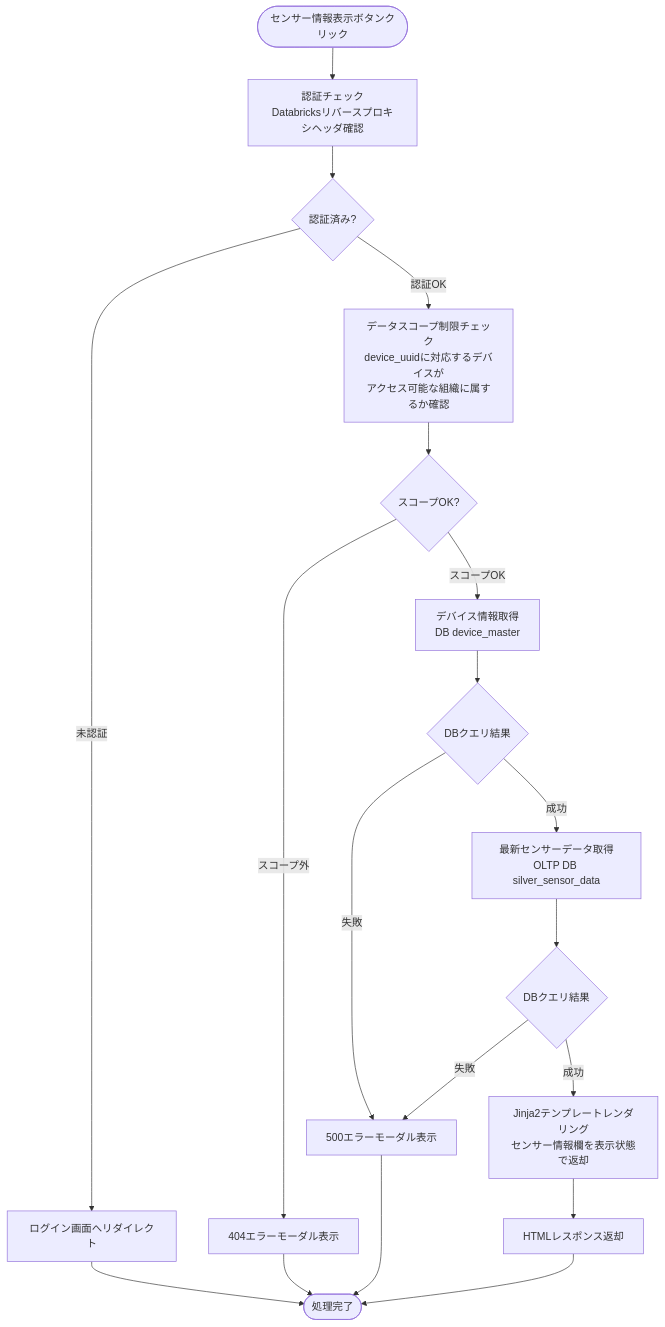
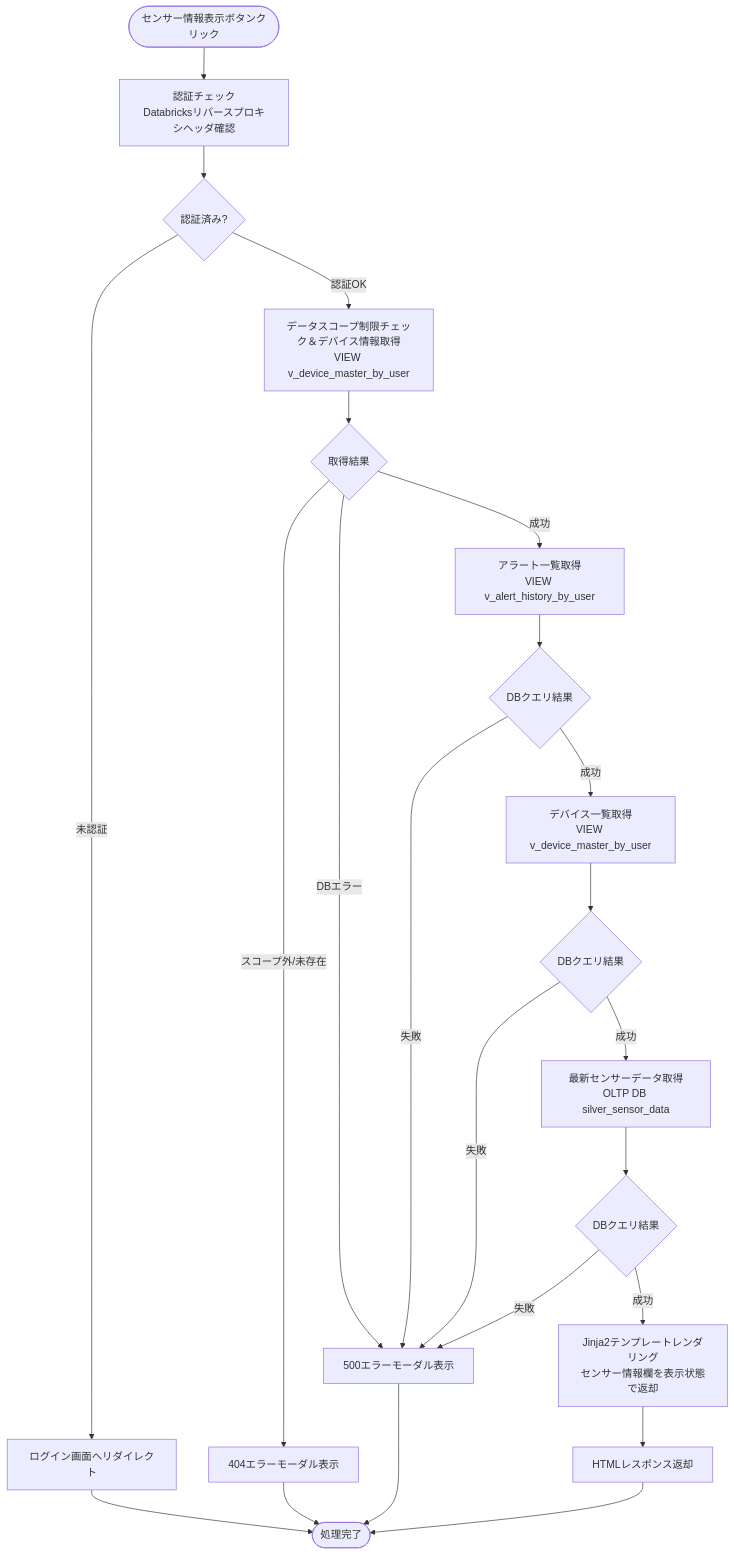
The third of 5 diagrams in docs/03-features/flask-app/industry-dashboard/workflow-specification.md (NSW-SVCP-AIWG002/Databricks-IoT), drawn with Mermaid before and after one commit. The commit also changed other lines of this file, not shown here.

Commit message:
fix: workflow修正 (済: page→device_pageに変更)

````diff
--- a/docs/03-features/flask-app/industry-dashboard/workflow-specification.md
+++ b/docs/03-features/flask-app/industry-dashboard/workflow-specification.md
@@ -659,26 +537,31 @@
 ```mermaid
 flowchart TD
     Start([センサー情報表示ボタンクリック]) --> Auth[認証チェック<br>Databricksリバースプロキシヘッダ確認]
     Auth --> CheckAuth{認証済み?}
     CheckAuth -->|未認証| LoginRedirect[ログイン画面へリダイレクト]
 
-    CheckAuth -->|認証OK| Scope[データスコープ制限チェック<br>device_uuidに対応するデバイスが<br>アクセス可能な組織に属するか確認]
-    Scope --> CheckScope{スコープOK?}
-    CheckScope -->|スコープ外| Error404[404エラーモーダル表示]
+    CheckAuth -->|認証OK| DeviceQuery[データスコープ制限チェック＆デバイス情報取得<br>VIEW v_device_master_by_user]
+    DeviceQuery --> CheckDeviceQuery{取得結果}
+    CheckDeviceQuery -->|スコープ外/未存在| Error404[404エラーモーダル表示]
+    CheckDeviceQuery -->|DBエラー| Error500[500エラーモーダル表示]
 
-    CheckScope -->|スコープOK| DeviceQuery[デバイス情報取得<br>DB device_master]
-    DeviceQuery --> CheckDeviceQuery{DBクエリ結果}
-    CheckDeviceQuery -->|失敗| Error500[500エラーモーダル表示]
+    CheckDeviceQuery -->|成功| AlertQuery[アラート一覧取得<br>VIEW v_alert_history_by_user]
+    AlertQuery --> CheckAlertQuery{DBクエリ結果}
+    CheckAlertQuery -->|失敗| Error500
 
-    CheckDeviceQuery -->|成功| SensorQuery[最新センサーデータ取得<br>OLTP DB silver_sensor_data]
+    CheckAlertQuery -->|成功| DeviceListQuery[デバイス一覧取得<br>VIEW v_device_master_by_user]
+    DeviceListQuery --> CheckDeviceListQuery{DBクエリ結果}
+    CheckDeviceListQuery -->|失敗| Error500
+
+    CheckDeviceListQuery -->|成功| SensorQuery[最新センサーデータ取得<br>OLTP DB silver_sensor_data]
     SensorQuery --> CheckSensorQuery{DBクエリ結果}
     CheckSensorQuery -->|失敗| Error500
 
     CheckSensorQuery -->|成功| Template[Jinja2テンプレートレンダリング<br>センサー情報欄を表示状態で返却]
     Template --> Response[HTMLレスポンス返却]
 
     LoginRedirect --> End([処理完了])
     Response --> End
     Error404 --> End
     Error500 --> End
 ```
````
